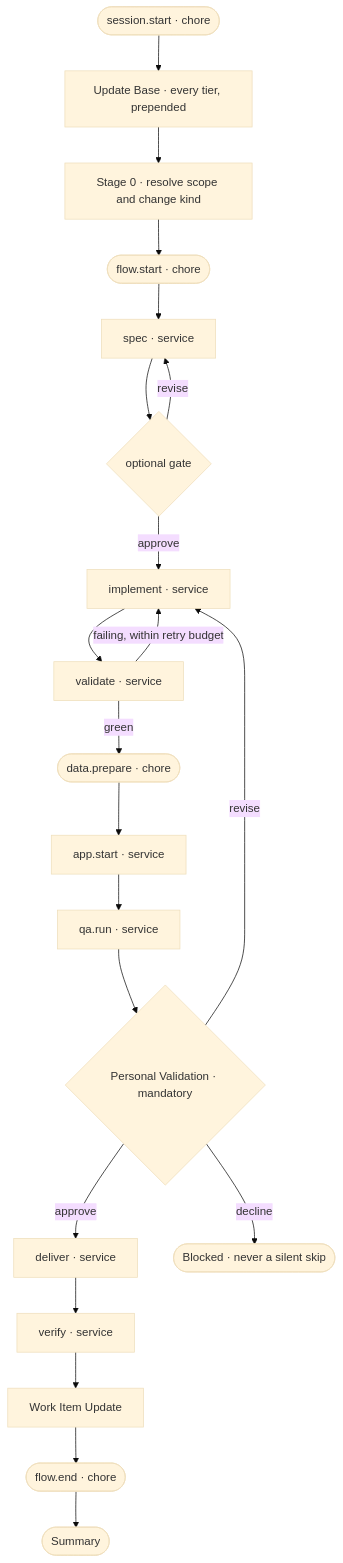
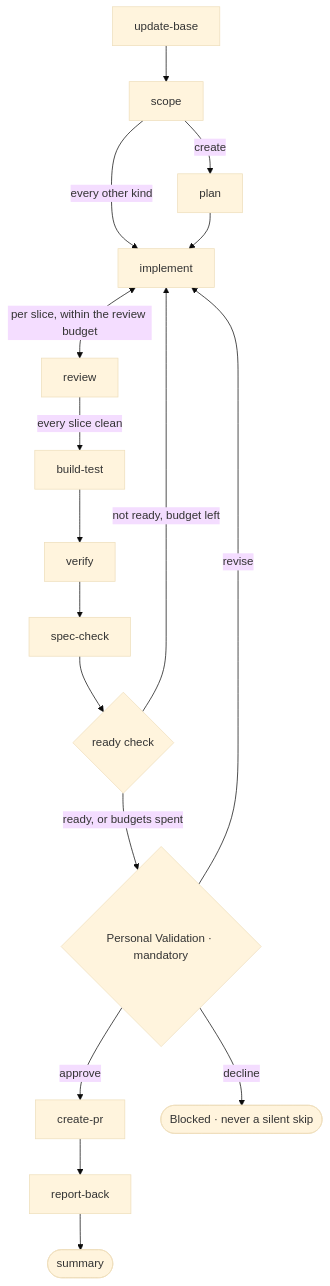
One commit to JSdotNet/ai-agent-stack changed the third of 7 diagrams in .devbook/arc42/building-blocks/delivery.md. Above: the diagram before and after it, drawn with Mermaid (base theme). The commit also changed other lines of this file and 10 other files, not shown here.

````diff
--- a/.devbook/arc42/building-blocks/delivery.md
+++ b/.devbook/arc42/building-blocks/delivery.md
@@ -800,23 +948,19 @@
 ```mermaid
 flowchart TD
-    sessionStart(["session.start · chore"]) --> updateBase["Update Base · every tier, prepended"]
-    updateBase --> stage0["Stage 0 · resolve scope and change kind"]
-    stage0 --> flowStart(["flow.start · chore"])
-    flowStart --> spec["spec · service"]
-    spec --> specGate{"optional gate"}
-    specGate -->|revise| spec
-    specGate -->|approve| implement["implement · service"]
-    implement --> validate["validate · service"]
-    validate -->|"failing, within retry budget"| implement
-    validate -->|green| dataPrepare(["data.prepare · chore"])
-    dataPrepare --> appStart["app.start · service"]
-    appStart --> qaRun["qa.run · service"]
-    qaRun --> gate{"Personal Validation · mandatory"}
-    gate -->|approve| deliver["deliver · service"]
+    updateBase["update-base"] --> scope["scope"]
+    scope -->|create| plan["plan"]
+    scope -->|every other kind| implement["implement"]
+    plan --> implement
+    implement <-->|"per slice, within the review budget"| review["review"]
+    review -->|"every slice clean"| buildTest["build-test"]
+    buildTest --> verify["verify"]
+    verify --> specCheck["spec-check"]
+    specCheck --> ready{"ready check"}
+    ready -->|"not ready, budget left"| implement
+    ready -->|"ready, or budgets spent"| gate{"Personal Validation · mandatory"}
+    gate -->|approve| createPr["create-pr"]
     gate -->|revise| implement
     gate -->|decline| blocked(["Blocked · never a silent skip"])
-    deliver --> verify["verify · service"]
-    verify --> workItem["Work Item Update"]
-    workItem --> flowEnd(["flow.end · chore"])
-    flowEnd --> summary(["Summary"])
+    createPr --> reportBack["report-back"]
+    reportBack --> summary(["summary"])
 ```
````
